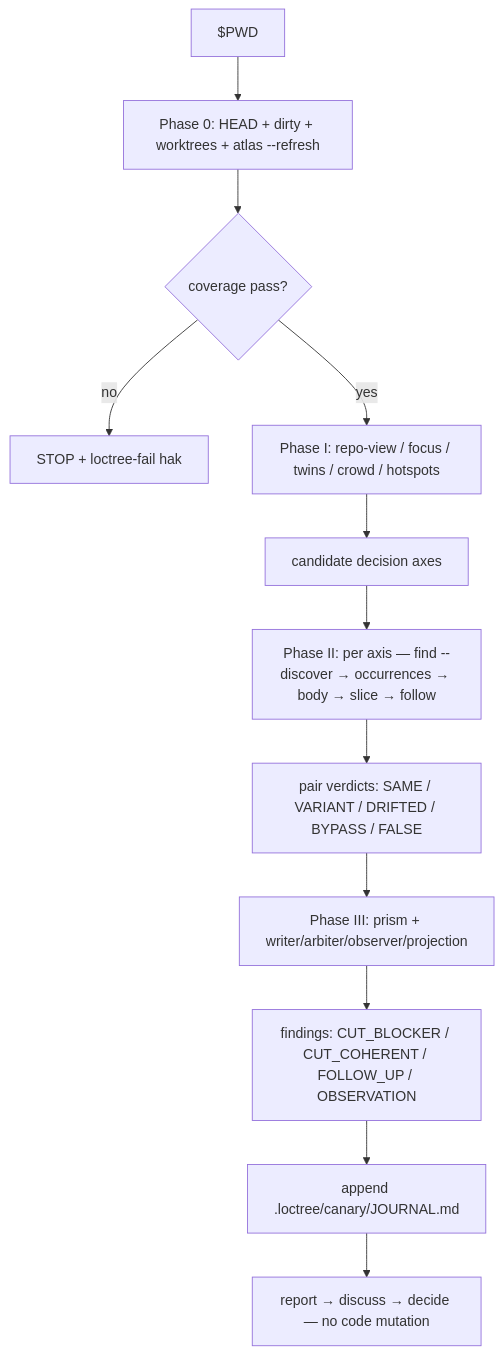
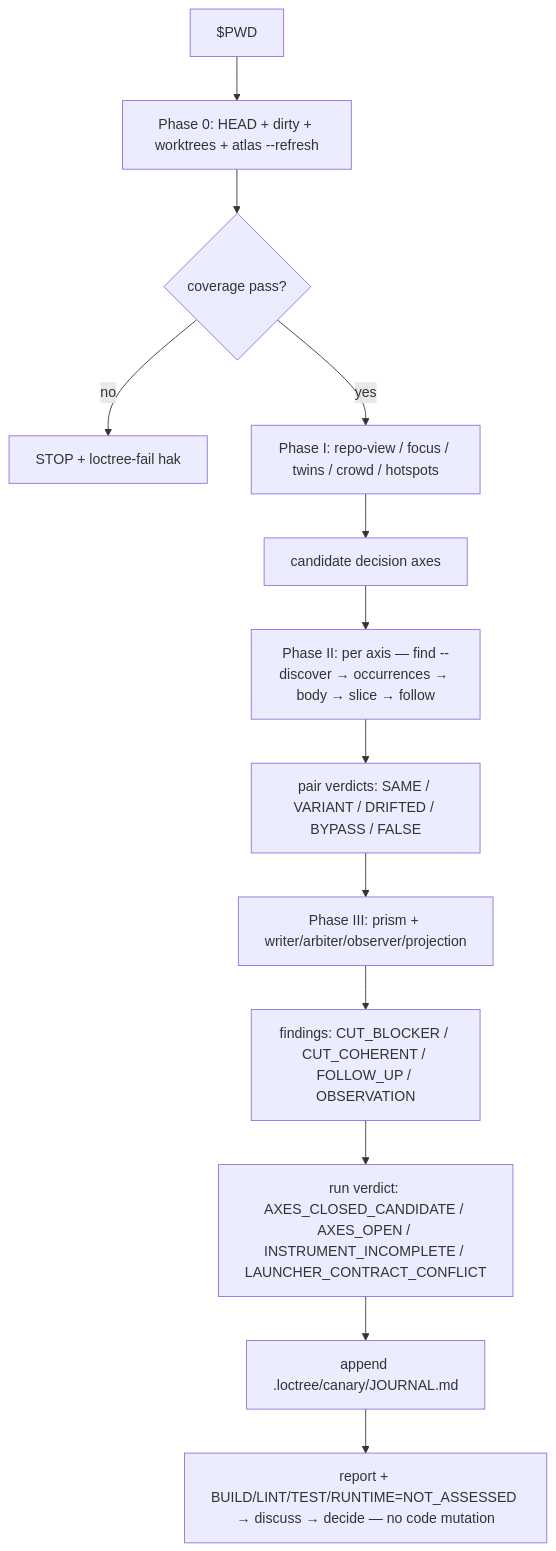
Before and after one commit to VetCoders/vibecrafted: the diagram in vibecrafted-core/vibecrafted_core/skills/vc-canary/FLOW.md, drawn with Mermaid. The commit also changed 5 other files, not shown here.

````diff
--- a/vibecrafted-core/vibecrafted_core/skills/vc-canary/FLOW.md
+++ b/vibecrafted-core/vibecrafted_core/skills/vc-canary/FLOW.md
@@ -3,14 +3,15 @@
 ```mermaid
 flowchart TD
   A[$PWD] --> B[Phase 0: HEAD + dirty + worktrees + atlas --refresh]
   B --> C{coverage pass?}
   C -->|no| D[STOP + loctree-fail hak]
   C -->|yes| E[Phase I: repo-view / focus / twins / crowd / hotspots]
   E --> F[candidate decision axes]
   F --> G[Phase II: per axis — find --discover → occurrences → body → slice → follow]
   G --> H[pair verdicts: SAME / VARIANT / DRIFTED / BYPASS / FALSE]
   H --> I[Phase III: prism + writer/arbiter/observer/projection]
   I --> J[findings: CUT_BLOCKER / CUT_COHERENT / FOLLOW_UP / OBSERVATION]
-  J --> K[append .loctree/canary/JOURNAL.md]
-  K --> L[report → discuss → decide — no code mutation]
+  J --> V[run verdict: AXES_CLOSED_CANDIDATE / AXES_OPEN / INSTRUMENT_INCOMPLETE / LAUNCHER_CONTRACT_CONFLICT]
+  V --> K[append .loctree/canary/JOURNAL.md]
+  K --> L[report + BUILD/LINT/TEST/RUNTIME=NOT_ASSESSED → discuss → decide — no code mutation]
 ```
````
